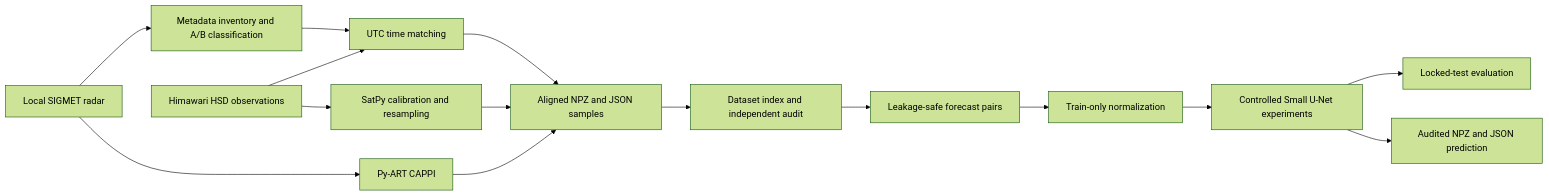
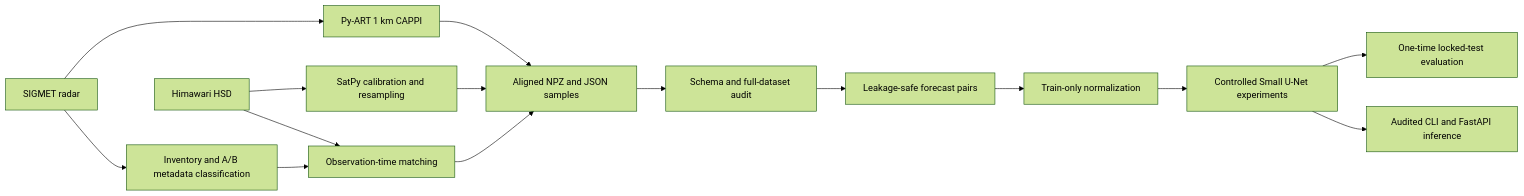
One commit to nhphu206/nhabe-radar-himawari-portfolio changed the diagram in README.md. Above: the diagram before and after it, drawn with Mermaid (forest theme). The commit also changed other lines of this file and 4 other files, not shown here.

````diff
--- a/README.md
+++ b/README.md
@@ -11,17 +55,17 @@
 ```mermaid
 flowchart LR
-    R[Local SIGMET radar] --> I[Metadata inventory and A/B classification]
-    I --> T[UTC time matching]
-    H[Himawari HSD observations] --> T
-    R --> C[Py-ART CAPPI]
+    R[SIGMET radar] --> I[Inventory and A/B metadata classification]
+    H[Himawari HSD] --> T[Observation-time matching]
+    I --> T
+    R --> C[Py-ART 1 km CAPPI]
     H --> S[SatPy calibration and resampling]
     C --> P[Aligned NPZ and JSON samples]
     S --> P
     T --> P
-    P --> D[Dataset index and independent audit]
-    D --> F[Leakage-safe forecast pairs]
+    P --> A[Schema and full-dataset audit]
+    A --> F[Leakage-safe forecast pairs]
     F --> N[Train-only normalization]
     N --> M[Controlled Small U-Net experiments]
-    M --> E[Locked-test evaluation]
-    M --> O[Audited NPZ and JSON prediction]
+    M --> E[One-time locked-test evaluation]
+    M --> API[Audited CLI and FastAPI inference]
 ```
````
